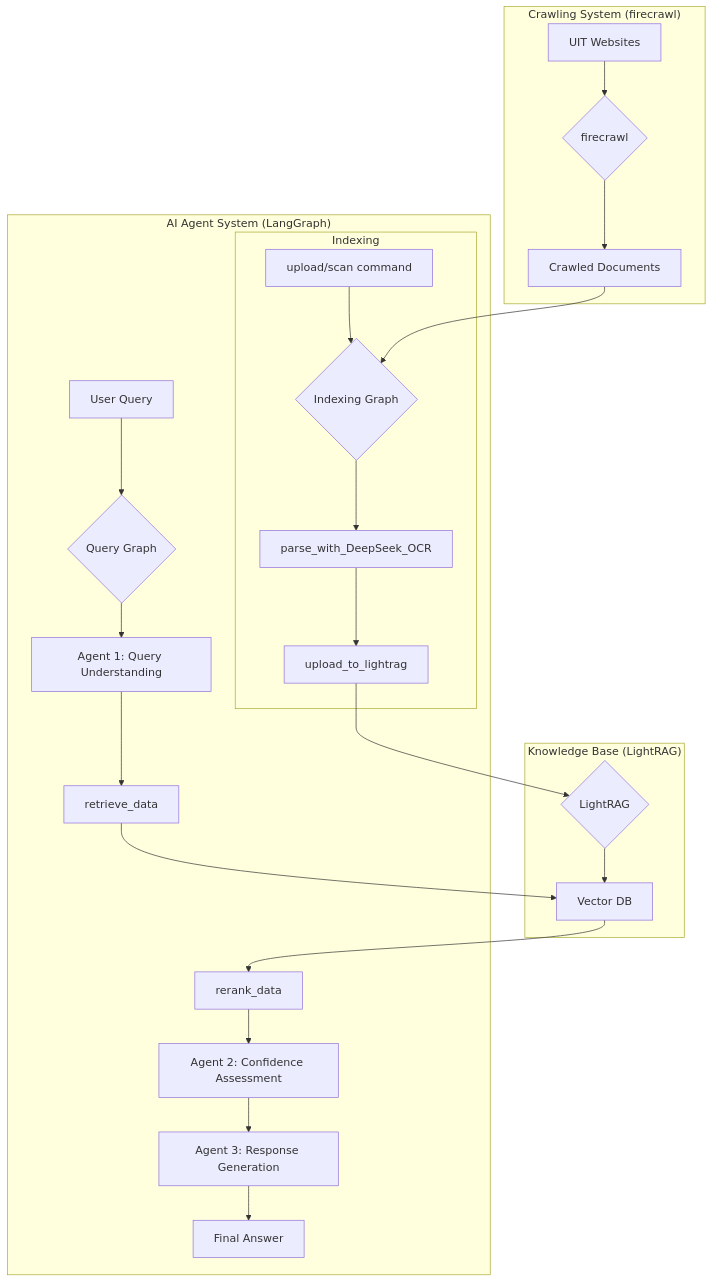
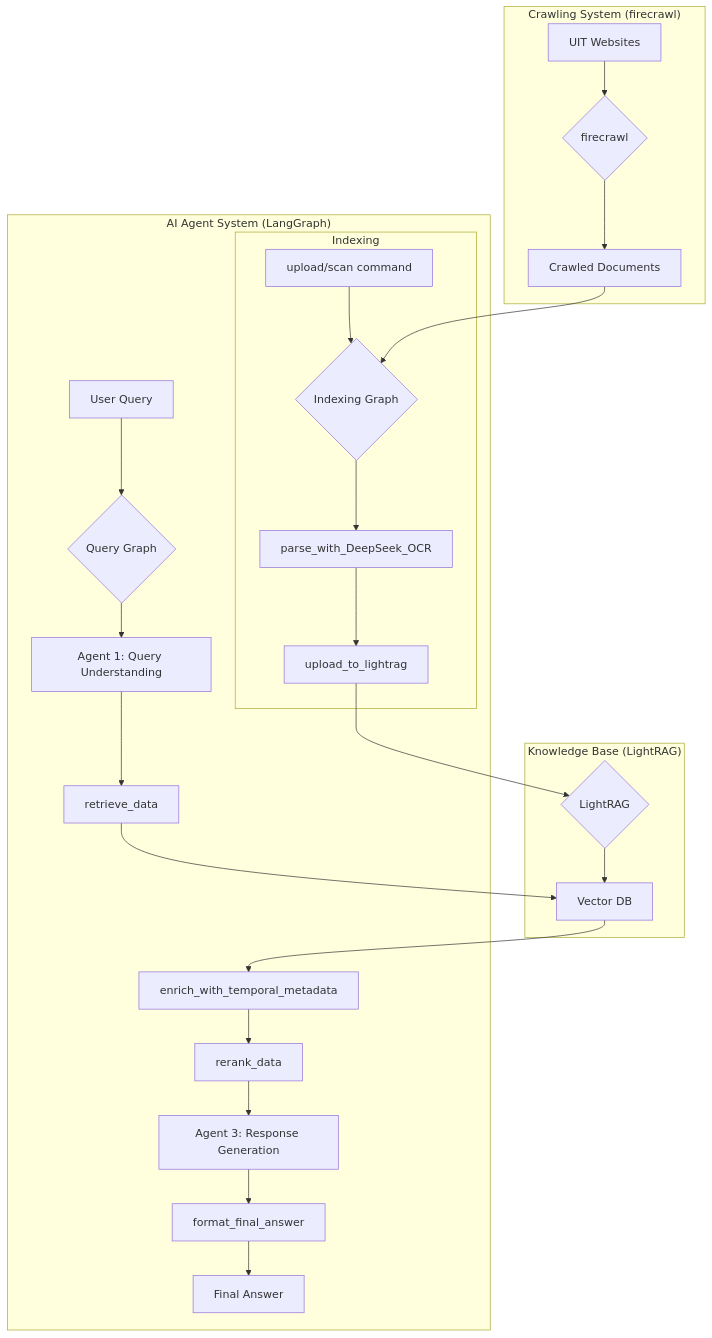
Before and after one commit to Jajajou/UIT_DOCS_AGENT: the diagram in docs/technical_report.md, drawn with Mermaid. The commit also changed other lines of this file and 16 other files, not shown here.

````diff
--- a/docs/technical_report.md
+++ b/docs/technical_report.md
@@ -17,30 +17,31 @@
 ```mermaid
 graph TD
     subgraph "Crawling System (firecrawl)"
         A[UIT Websites] --> B{firecrawl};
         B --> C[Crawled Documents];
     end
 
     subgraph "Knowledge Base (LightRAG)"
         D{LightRAG} --> E[Vector DB];
     end
 
     subgraph "AI Agent System (LangGraph)"
         F[User Query] --> G{Query Graph};
         G --> H[Agent 1: Query Understanding];
         H --> I[retrieve_data];
         I --> E;
-        E --> J[rerank_data];
-        J --> K[Agent 2: Confidence Assessment];
-        K --> L[Agent 3: Response Generation];
-        L --> M[Final Answer];
+        E --> I2[enrich_with_temporal_metadata];
+        I2 --> J[rerank_data];
+        J --> L[Agent 3: Response Generation];
+        L --> M[format_final_answer];
+        M --> N2[Final Answer];
 
         subgraph "Indexing"
             N[upload/scan command] --> O{Indexing Graph};
             C --> O;
             O --> P[parse_with_DeepSeek_OCR];
             P --> Q[upload_to_lightrag];
             Q --> D;
         end
     end
 ```
````
